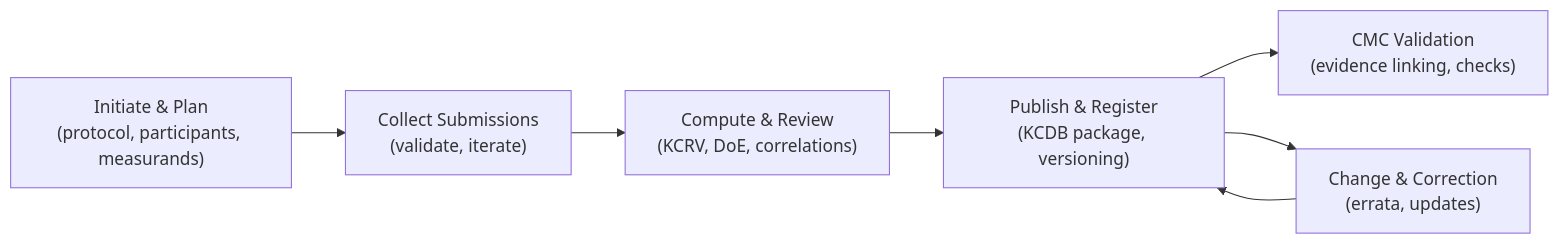
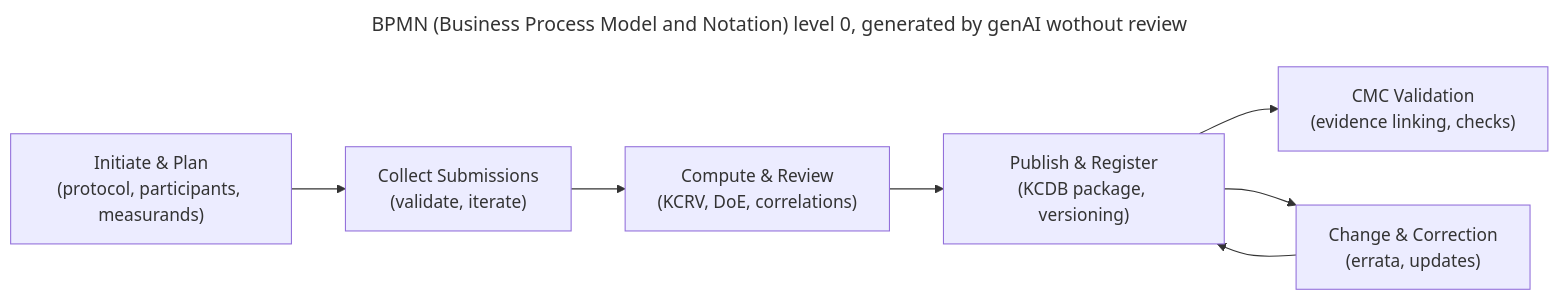
Before and after one commit to PeterBlattner/KCDB-KC: the diagram in design/B_ Business_Architecture/BPMN_level0_v1.mmd, drawn with Mermaid. The commit also changed 11 other files, not shown here.

```diff
--- a/design/B_ Business_Architecture/BPMN_level0_v1.mmd
+++ b/design/B_ Business_Architecture/BPMN_level0_v1.mmd
@@ -1,12 +1,16 @@
+---
+title: BPMN (Business Process Model and Notation) level 0, generated by genAI wothout review
+---
+
 flowchart LR
   %% KC Comparison Digital Reporting - Process Landscape (L0)
 
   P1["Initiate & Plan<br/>(protocol, participants, measurands)"]
   P2["Collect Submissions<br/>(validate, iterate)"]
   P3["Compute & Review<br/>(KCRV, DoE, correlations)"]
   P4["Publish & Register<br/>(KCDB package, versioning)"]
   P5["CMC Validation<br/>(evidence linking, checks)"]
   P6["Change & Correction<br/>(errata, updates)"]
 
   P1 --> P2 --> P3 --> P4 --> P5
   P4 --> P6 --> P4
```
